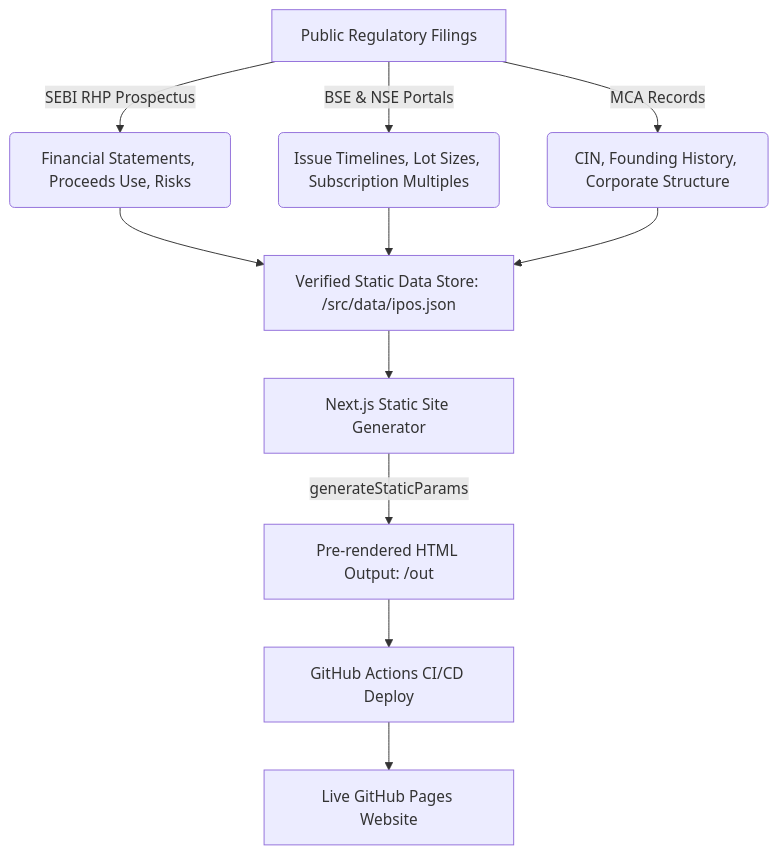
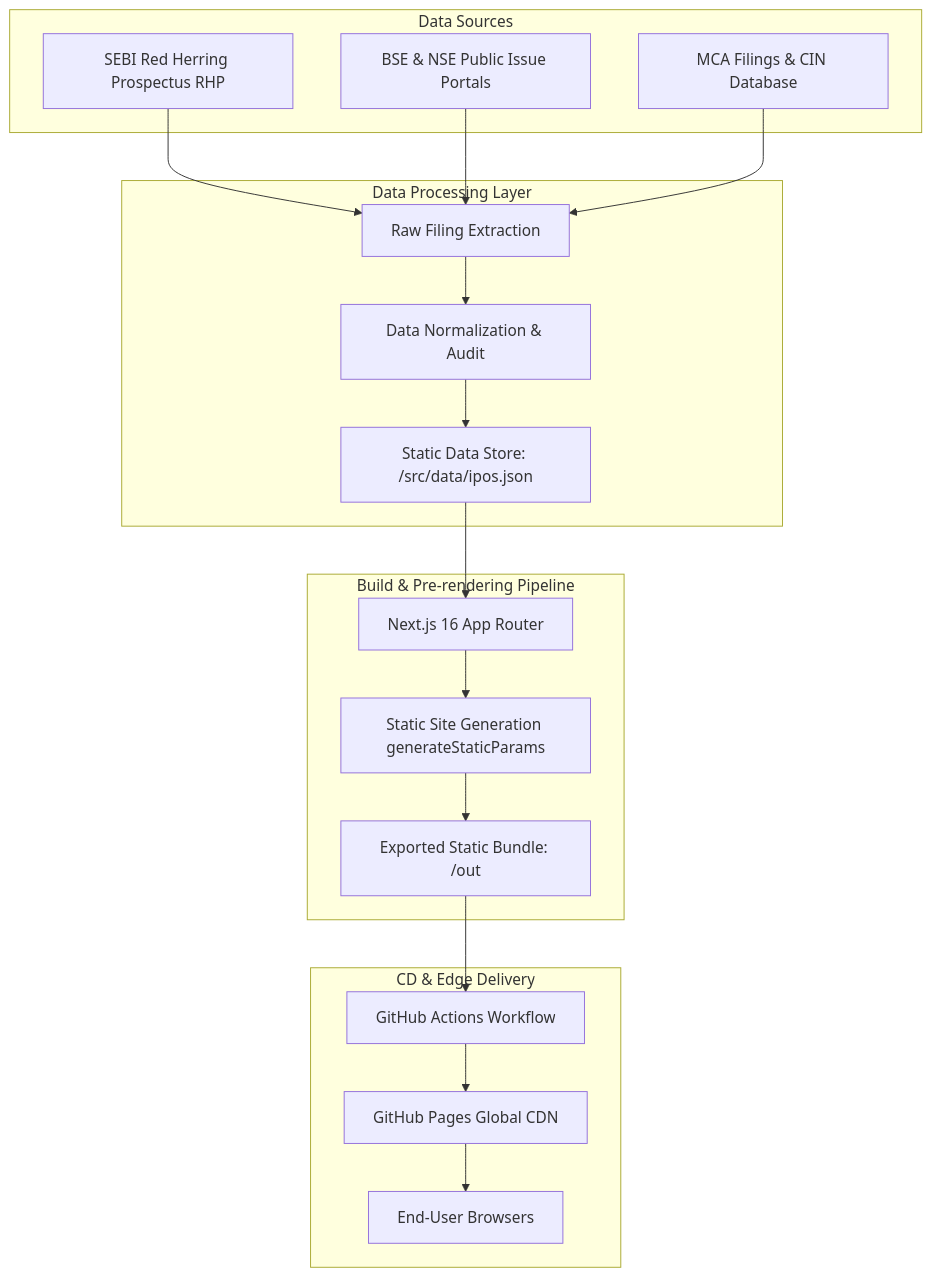
Before and after one commit to Akash-Raj-Official/IPO-Insight: the first of 3 diagrams in README.md, drawn with Mermaid. The commit also changed other lines of this file and 14 other files, not shown here.

````diff
--- a/README.md
+++ b/README.md
@@ -23,15 +53,41 @@
 ```mermaid
 flowchart TD
-    A[Public Regulatory Filings] -->|SEBI RHP Prospectus| B(Financial Statements, Proceeds Use, Risks)
-    A -->|BSE & NSE Portals| C(Issue Timelines, Lot Sizes, Subscription Multiples)
-    A -->|MCA Records| D(CIN, Founding History, Corporate Structure)
+    subgraph Data Sources
+        SEBI[SEBI Red Herring Prospectus RHP]
+        EXCHANGE[BSE & NSE Public Issue Portals]
+        MCA[MCA Filings & CIN Database]
+    end
 
-    B --> E[Verified Static Data Store: /src/data/ipos.json]
-    C --> E
-    D --> E
+    subgraph Data Processing Layer
+        RAW[Raw Filing Extraction]
+        NORM[Data Normalization & Audit]
+        JSON[Static Data Store: /src/data/ipos.json]
+    end
 
-    E --> F[Next.js Static Site Generator]
-    F -->|generateStaticParams| G[Pre-rendered HTML Output: /out]
-    G --> H[GitHub Actions CI/CD Deploy]
-    H --> I[Live GitHub Pages Website]
+    subgraph Build & Pre-rendering Pipeline
+        NEXT[Next.js 16 App Router]
+        SSG[Static Site Generation generateStaticParams]
+        OUT[Exported Static Bundle: /out]
+    end
+
+    subgraph CD & Edge Delivery
+        GHA[GitHub Actions Workflow]
+        GHP[GitHub Pages Global CDN]
+        USER[End-User Browsers]
+    end
+
+    SEBI --> RAW
+    EXCHANGE --> RAW
+    MCA --> RAW
+
+    RAW --> NORM
+    NORM --> JSON
+
+    JSON --> NEXT
+    NEXT --> SSG
+    SSG --> OUT
+
+    OUT --> GHA
+    GHA --> GHP
+    GHP --> USER
 ```
````
